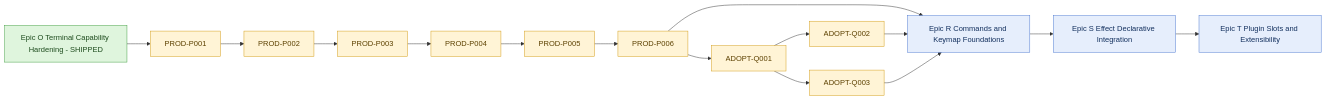
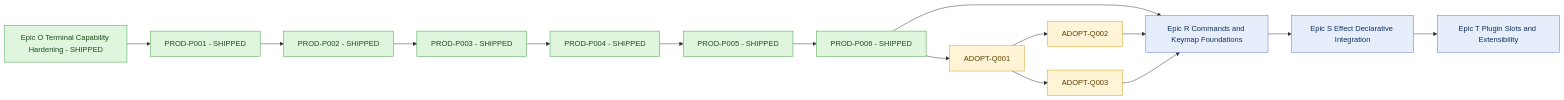
One commit to Tuvren/tuvren-tui changed the diagram in docs/Tasks.md. Above: the diagram before and after it, drawn with Mermaid. The commit also changed other lines of this file and 66 other files, not shown here.

````diff
--- a/docs/Tasks.md
+++ b/docs/Tasks.md
@@ -61,38 +58,38 @@
 ```mermaid
 flowchart LR
     O[Epic O Terminal Capability Hardening - SHIPPED]:::done
-    P1[PROD-P001]:::active
-    P2[PROD-P002]:::active
-    P3[PROD-P003]:::active
-    P4[PROD-P004]:::active
-    P5[PROD-P005]:::active
-    P6[PROD-P006]:::active
+    P1[PROD-P001 - SHIPPED]:::done
+    P2[PROD-P002 - SHIPPED]:::done
+    P3[PROD-P003 - SHIPPED]:::done
+    P4[PROD-P004 - SHIPPED]:::done
+    P5[PROD-P005 - SHIPPED]:::done
+    P6[PROD-P006 - SHIPPED]:::done
     Q1[ADOPT-Q001]:::active
     Q2[ADOPT-Q002]:::active
     Q3[ADOPT-Q003]:::active
     R[Epic R Commands and Keymap Foundations]:::future
     S[Epic S Effect Declarative Integration]:::future
     T[Epic T Plugin Slots and Extensibility]:::future
 
     O --> P1
     P1 --> P2
     P2 --> P3
     P3 --> P4
     P4 --> P5
     P5 --> P6
     P6 --> Q1
     Q1 --> Q2
     Q1 --> Q3
     P6 --> R
     Q2 --> R
     Q3 --> R
     R --> S
     S --> T
 
-    class O done;
-    class P1,P2,P3,P4,P5,P6,Q1,Q2,Q3 active;
+    class O,P1,P2,P3,P4,P5,P6 done;
+    class Q1,Q2,Q3 active;
     class R,S,T future;
     classDef done fill:#dff5dd,stroke:#3f9d3f,color:#1f4d1f;
     classDef active fill:#fff4d6,stroke:#d39b14,color:#5c4100;
     classDef future fill:#e6eefc,stroke:#4c78d0,color:#14315f;
 ```
````
